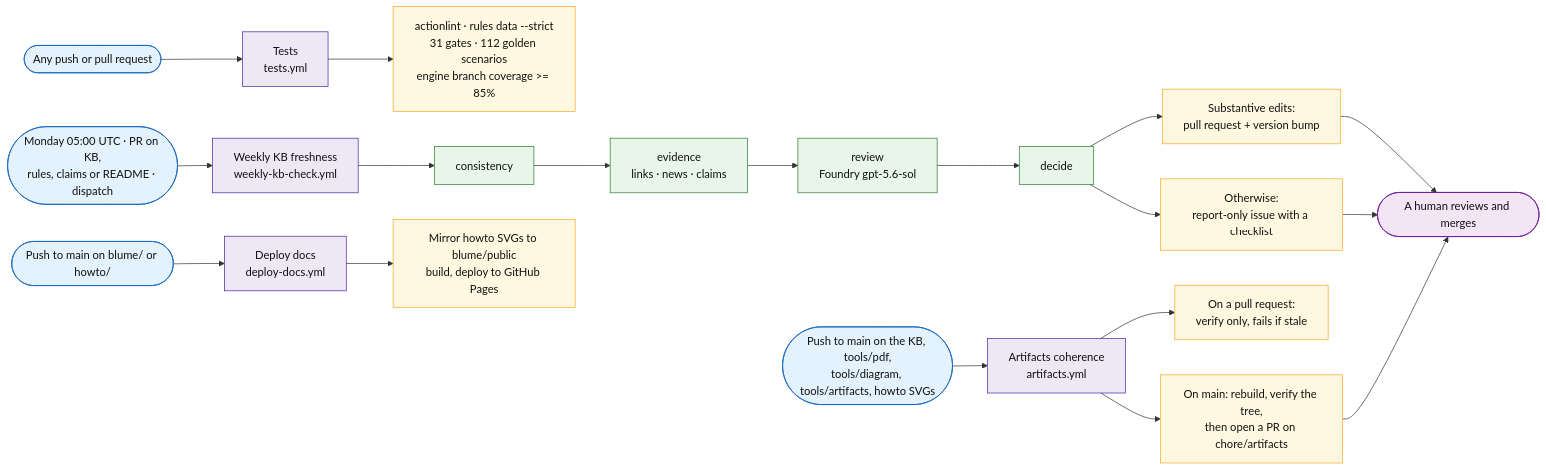
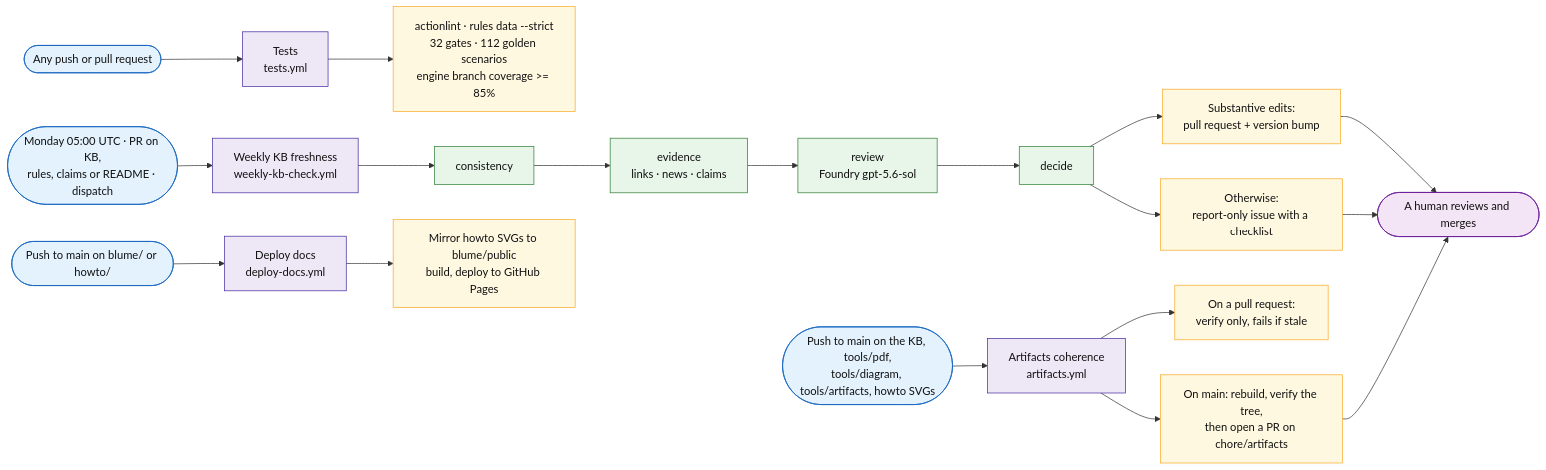
The sixth of 6 diagrams in docs/sql-migration-advisor-developer-pitch.md (fredgis/sql-migration-advisor), drawn with Mermaid before and after one commit. The commit also changed other lines of this file and 22 other files, not shown here.

````diff
--- a/docs/sql-migration-advisor-developer-pitch.md
+++ b/docs/sql-migration-advisor-developer-pitch.md
@@ -992,33 +992,33 @@
 ```mermaid
 flowchart LR
     G1([Any push or pull request]) --> W1[Tests<br/>tests.yml]
     G2([Monday 05:00 UTC · PR on KB,<br/>rules, claims or README · dispatch]) --> W2[Weekly KB freshness<br/>weekly-kb-check.yml]
     G3([Push to main on the KB, tools/pdf,<br/>tools/diagram, tools/artifacts, howto SVGs]) --> W3[Artifacts coherence<br/>artifacts.yml]
     G4([Push to main on blume/ or howto/]) --> W4[Deploy docs<br/>deploy-docs.yml]
 
-    W1 --> O1[actionlint · rules data --strict<br/>31 gates · 112 golden scenarios<br/>engine branch coverage >= 85%]
+    W1 --> O1[actionlint · rules data --strict<br/>32 gates · 112 golden scenarios<br/>engine branch coverage >= 85%]
 
     W2 --> C1[consistency] --> C2[evidence<br/>links · news · claims] --> C3[review<br/>Foundry gpt-5.6-sol] --> C4[decide]
     C4 --> O2a[Substantive edits:<br/>pull request + version bump]
     C4 --> O2b[Otherwise:<br/>report-only issue with a checklist]
 
     W3 --> O3a[On a pull request:<br/>verify only, fails if stale]
     W3 --> O3b[On main: rebuild, verify the tree,<br/>then open a PR on chore/artifacts]
 
     W4 --> O4[Mirror howto SVGs to blume/public<br/>build, deploy to GitHub Pages]
 
     O2a --> H([A human reviews and merges])
     O2b --> H
     O3b --> H
 
     classDef trig fill:#e3f2fd,stroke:#1565c0,color:#111
     classDef flow fill:#ede7f6,stroke:#4527a0,color:#111
     classDef step fill:#e8f5e9,stroke:#2e7d32,color:#111
     classDef out fill:#fff8e1,stroke:#f9a825,color:#111
     classDef human fill:#f3e5f5,stroke:#6a1b9a,color:#111
     class G1,G2,G3,G4 trig
     class W1,W2,W3,W4 flow
     class C1,C2,C3,C4 step
     class O1,O2a,O2b,O3a,O3b,O4 out
     class H human
 ```
````
